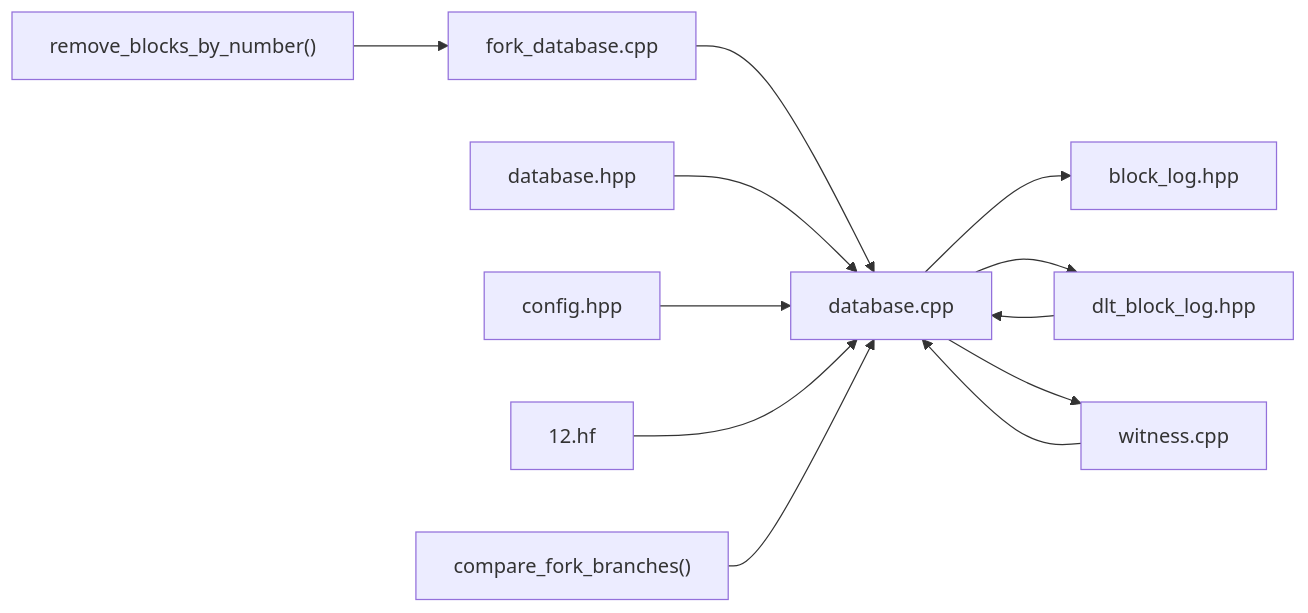
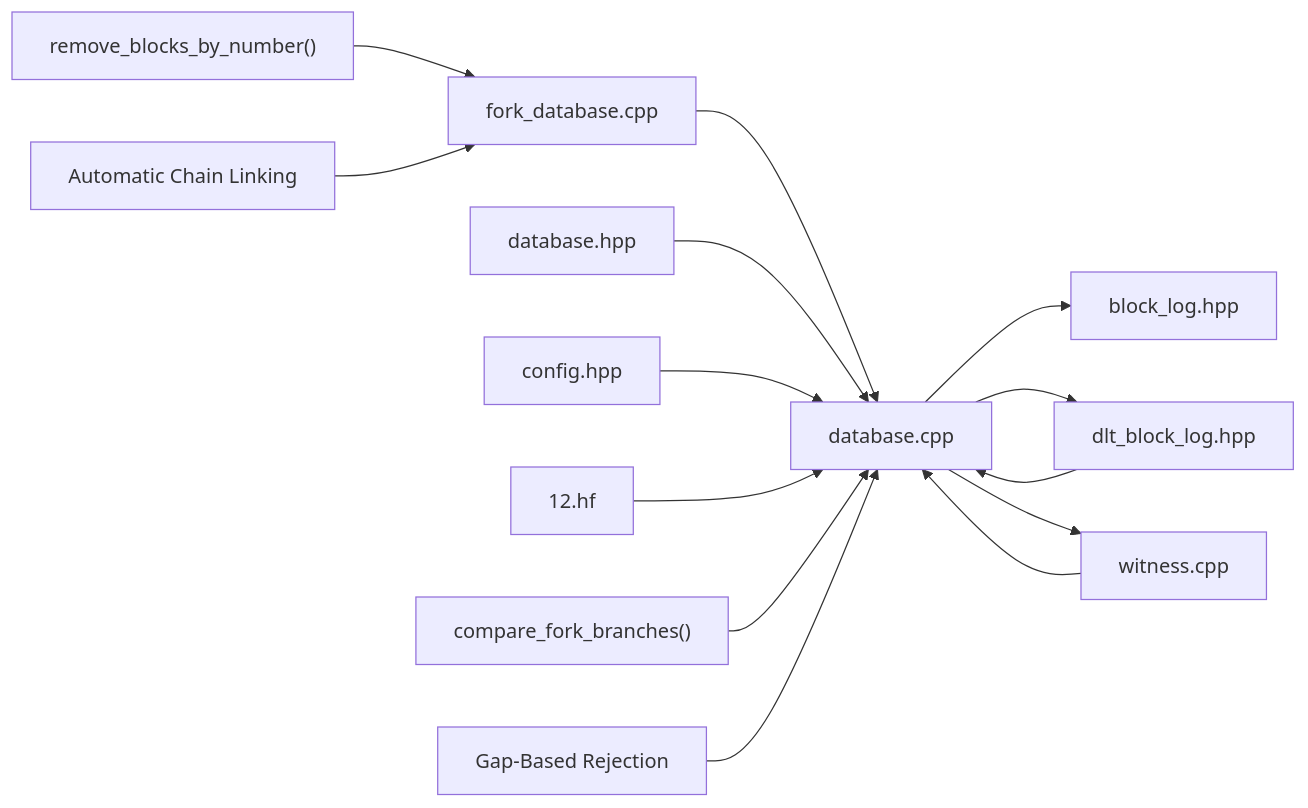
Diagram 16 of 16 in .qoder/repowiki/en/content/Architecture Overview/Core Libraries/Chain Library/Fork Resolution and Consensus.md (VIZ-Blockchain/viz-cpp-node), drawn with Mermaid before and after one commit. The commit also changed other lines of this file and 4 other files, not shown here.

````diff
--- a/.qoder/repowiki/en/content/Architecture Overview/Core Libraries/Chain Library/Fork Resolution and Consensus.md
+++ b/.qoder/repowiki/en/content/Architecture Overview/Core Libraries/Chain Library/Fork Resolution and Consensus.md
@@ -852,14 +883,16 @@
 ```mermaid
 graph LR
 FDB["fork_database.cpp"] --> DBCPP["database.cpp"]
 DBCPP --> BLH["block_log.hpp"]
 DBCPP --> DLTH["dlt_block_log.hpp"]
 DBCPP --> WIT["witness.cpp"]
 DBH["database.hpp"] --> DBCPP
 DLTH --> DBCPP
 WIT --> DBCPP
 CONFIG["config.hpp"] --> DBCPP
 HF12["12.hf"] --> DBCPP
 CMP["compare_fork_branches()"] --> DBCPP
 PRUNE["remove_blocks_by_number()"] --> FDB
+GAP["Gap-Based Rejection"] --> DBCPP
+LINK["Automatic Chain Linking"] --> FDB
 ```
````
